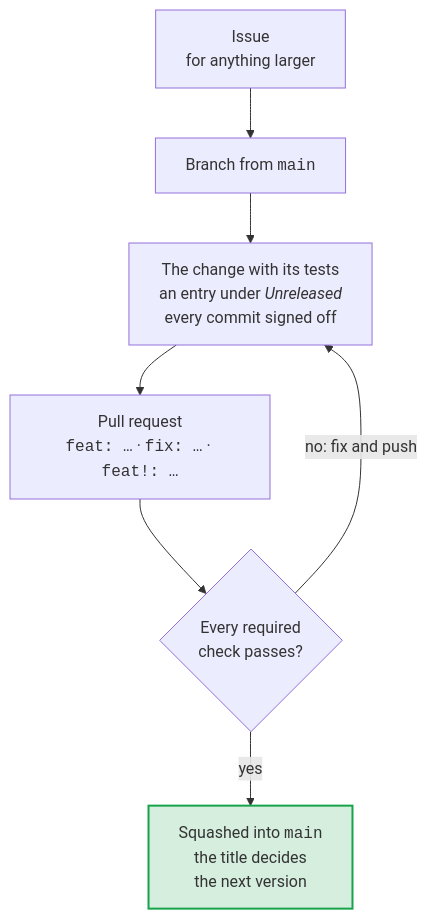
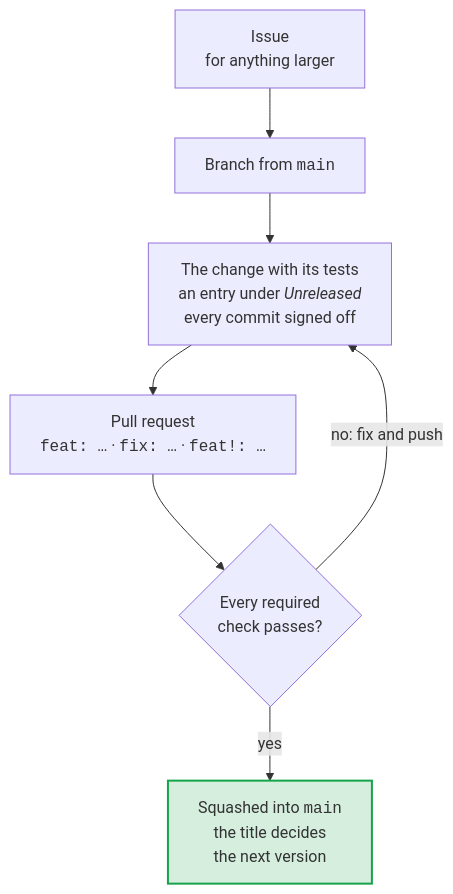
The diagram in CONTRIBUTING.md (Dennis-Otto/repo-blueprint), drawn with Mermaid before and after one commit. The commit also changed 5 other files, not shown here.

First line of the commit message:
docs: wrap the labels of the diagrams as wide on GitHub as on the website

````diff
--- a/CONTRIBUTING.md
+++ b/CONTRIBUTING.md
@@ -31,19 +31,24 @@
 ```mermaid
+---
+config:
+  flowchart:
+    wrappingWidth: 400
+---
 flowchart TB
     accTitle: The way of a contribution
     accDescr: An issue first for anything larger, a branch from main, the change with its tests and an entry under Unreleased, every commit signed off, and a pull request with a Conventional Commit title. Once every required check passes, it is squashed into main, and its title decides the next version.
 
     issue["Issue<br>for anything larger"]
     branch["Branch from <code>main</code>"]
     change["The change with its tests<br>an entry under <i>Unreleased</i><br>every commit signed off"]
     pr["Pull request<br><code>feat: …</code> · <code>fix: …</code> · <code>feat!: …</code>"]
     checks{"Every required<br>check passes?"}
     main["Squashed into <code>main</code><br>the title decides<br>the next version"]
 
     issue --> branch --> change --> pr --> checks
     checks -- "yes" --> main
     checks -- "no: fix and push" --> change
 
     classDef done fill:#16a34a2e,stroke:#16a34a,stroke-width:2px
     class main done
 ```
````
